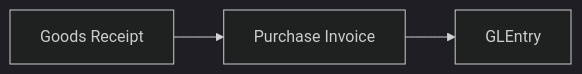
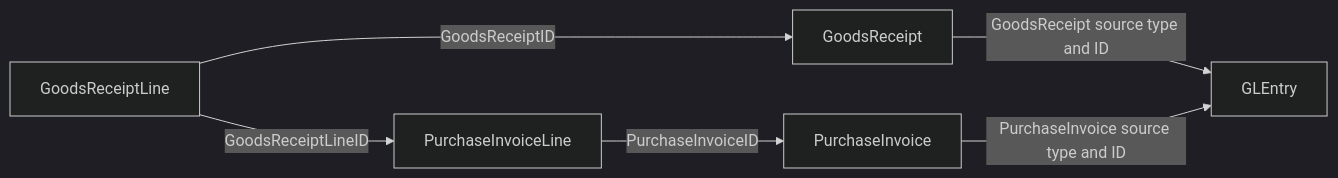
Before and after one commit to mmcodesso/CharlesRiver_Database: the fourth of 5 diagrams in docs/processes/p2p.md, drawn with Mermaid (dark theme). The commit also changed other lines of this file and 66 other files, not shown here.

````diff
--- a/docs/processes/p2p.md
+++ b/docs/processes/p2p.md
@@ -280,10 +281,16 @@
 ```mermaid
 flowchart LR
     accTitle: Receipt invoice and ledger evidence
-    accDescr: Goods-receipt evidence connects to a purchase invoice and its ledger detail.
-    GRL[Goods Receipt]
-    PI[Purchase Invoice]
+    accDescr: Solid labeled arrows follow stored line keys to headers. Goods receipt and purchase invoice each have an independent ledger-source route.
+    GRL[GoodsReceiptLine]
+    GR[GoodsReceipt]
+    PIL[PurchaseInvoiceLine]
+    PI[PurchaseInvoice]
     GL[GLEntry]
 
-    GRL --> PI --> GL
+    GRL -->|GoodsReceiptID| GR
+    GRL -->|GoodsReceiptLineID| PIL
+    PIL -->|PurchaseInvoiceID| PI
+    GR -->|GoodsReceipt source type and ID| GL
+    PI -->|PurchaseInvoice source type and ID| GL
 ```
````
